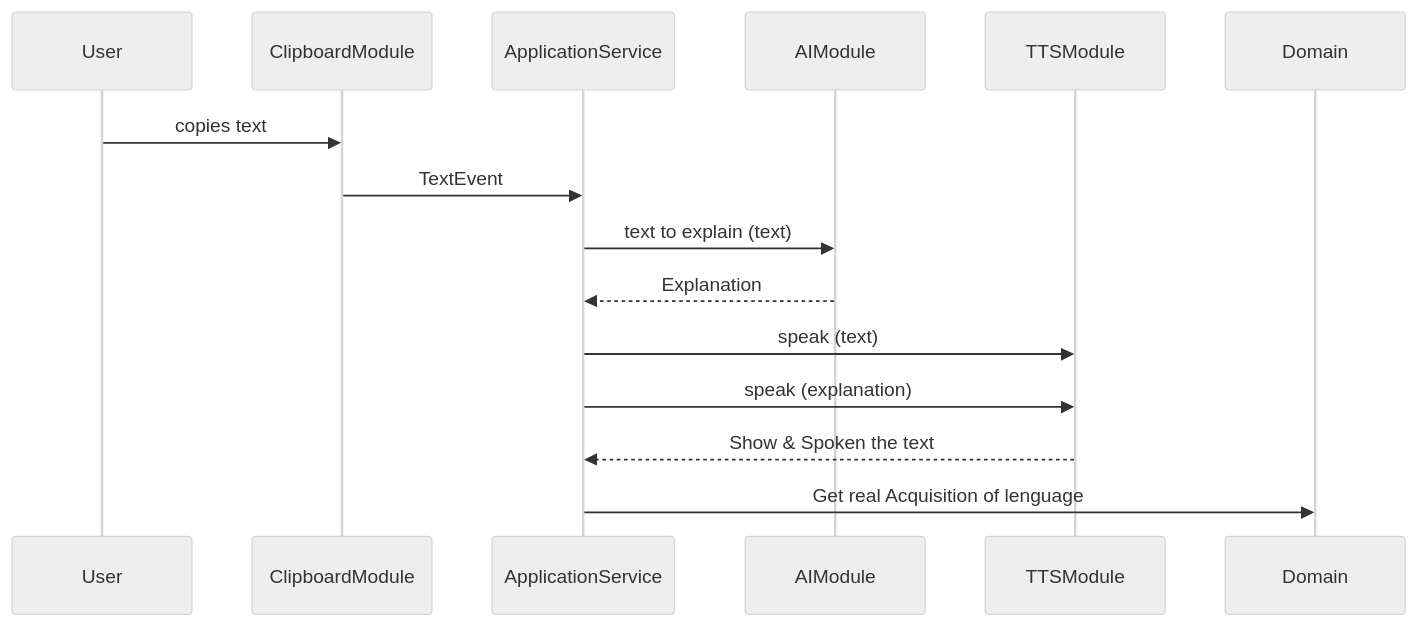
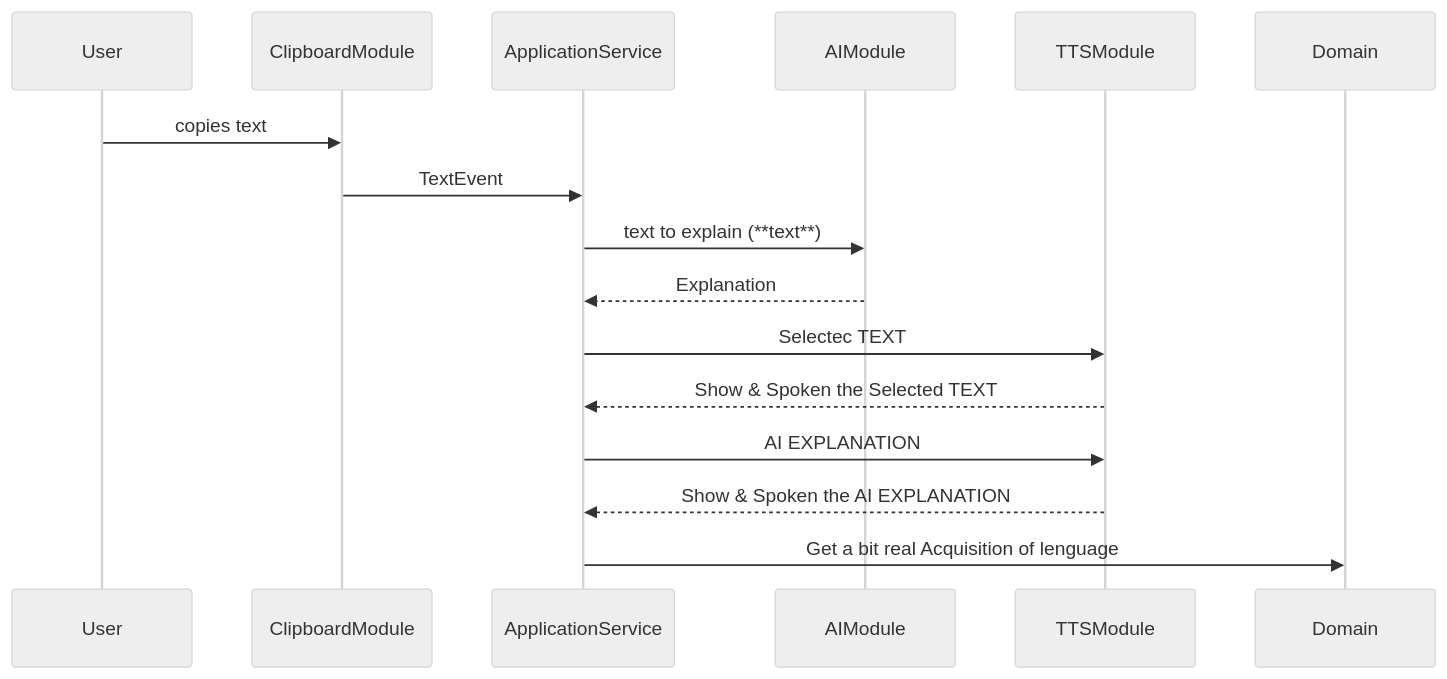
One commit to JavierJoC/ExplainMe changed the second of 2 diagrams in README.md. Above: the diagram before and after it, drawn with Mermaid (neutral theme). The commit also changed other lines of this file, not shown here.

````diff
--- a/README.md
+++ b/README.md
@@ -77,20 +86,21 @@
 ```mermaid
 sequenceDiagram
     participant User
     participant ClipboardModule
     participant ApplicationService
     participant AIModule
     participant TTSModule
     participant Domain
 
     User->>ClipboardModule: copies text
     ClipboardModule->>ApplicationService: TextEvent
-    ApplicationService->>AIModule: text to explain (text)
+    ApplicationService->>AIModule: text to explain (**text**)
     AIModule-->>ApplicationService: Explanation
-    ApplicationService->>TTSModule: speak (text)
-    ApplicationService->>TTSModule: speak (explanation)
-    TTSModule-->>ApplicationService: Show & Spoken the text 
-    ApplicationService->>Domain: Get real Acquisition of lenguage
+    ApplicationService->>TTSModule: Selectec TEXT
+    TTSModule-->>ApplicationService: Show & Spoken the Selected TEXT 
+    ApplicationService->>TTSModule: AI EXPLANATION
+    TTSModule-->>ApplicationService: Show & Spoken the AI EXPLANATION 
+    ApplicationService->>Domain: Get a bit  real Acquisition of lenguage
 
 
 ```
````
